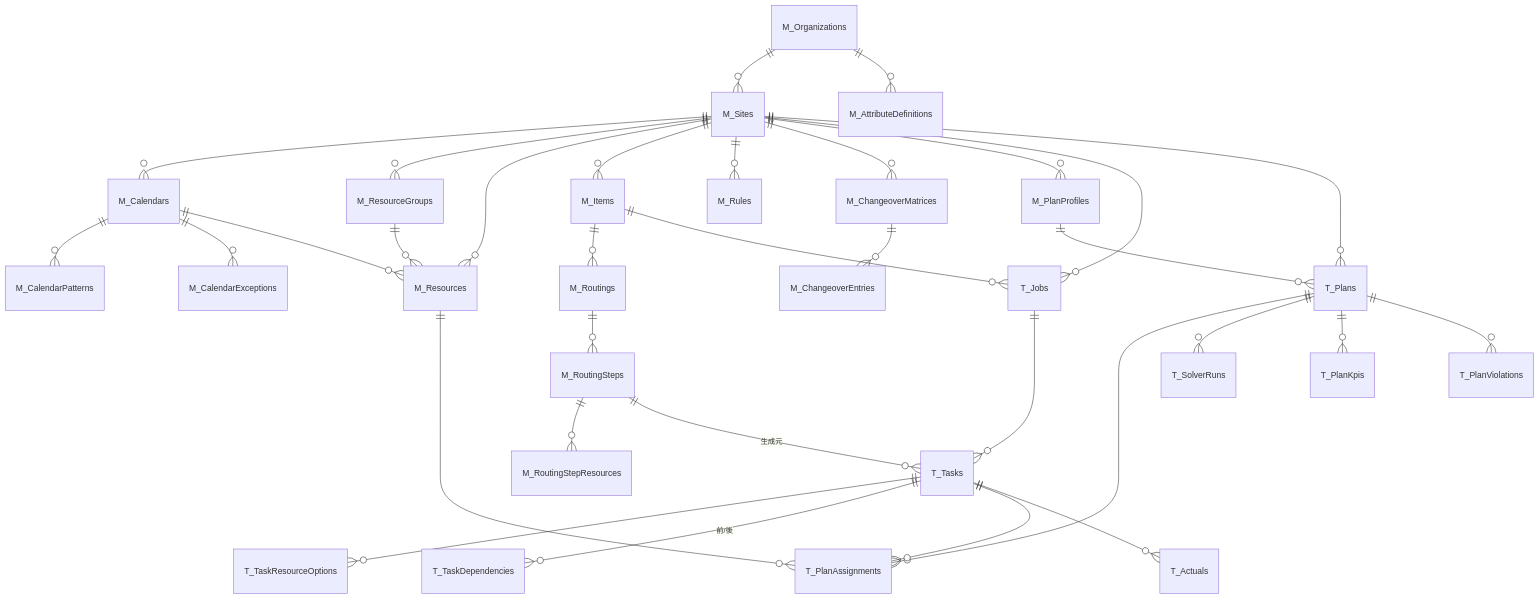
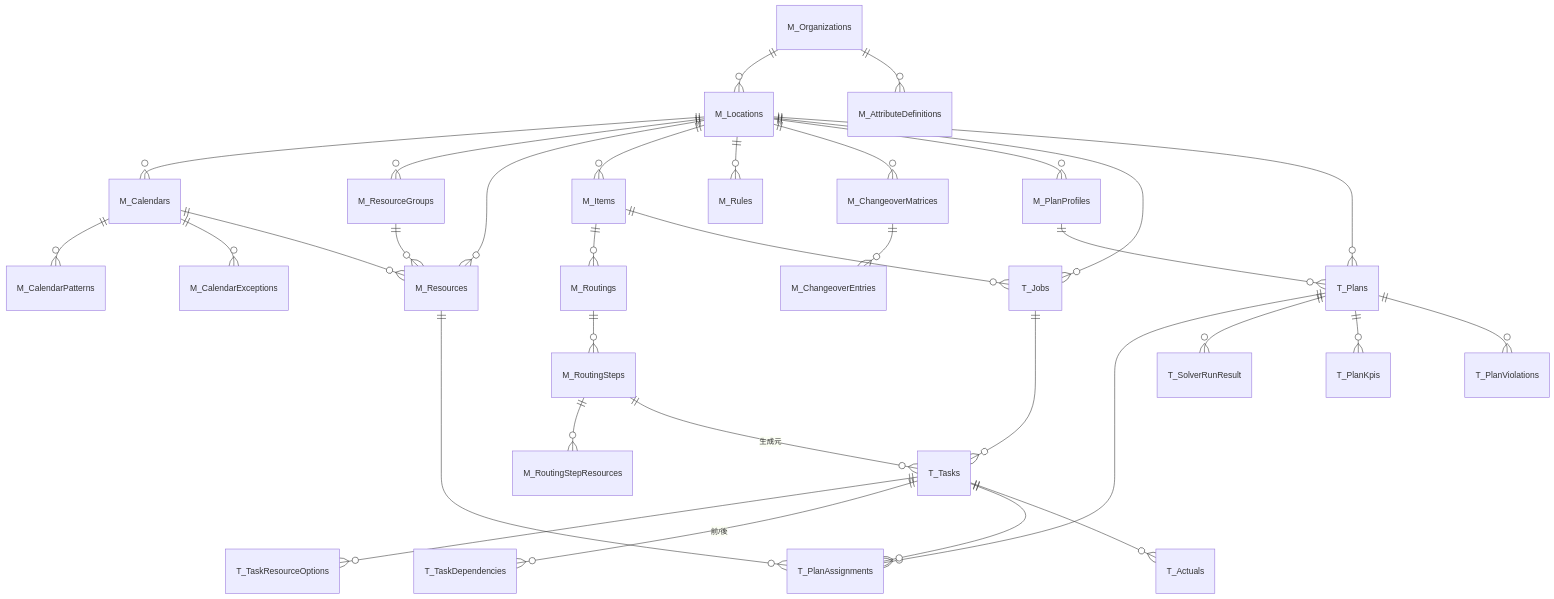
Before and after one commit to tds-dev/TONOPS-SCH-backend: the fourth of 4 diagrams in docs/SYSTEM_OVERVIEW.md, drawn with Mermaid. The commit also changed other lines of this file and 23 other files, not shown here.

Commit message:
（DB）「site」→「location」 / T_SolverRuns→T_SolverRunResult

````diff
--- a/docs/SYSTEM_OVERVIEW.md
+++ b/docs/SYSTEM_OVERVIEW.md
@@ -278,35 +278,35 @@
 ```mermaid
 erDiagram
-  M_Organizations ||--o{ M_Sites : ""
+  M_Organizations ||--o{ M_Locations : ""
   M_Organizations ||--o{ M_AttributeDefinitions : ""
-  M_Sites ||--o{ M_Calendars : ""
+  M_Locations ||--o{ M_Calendars : ""
   M_Calendars ||--o{ M_CalendarPatterns : ""
   M_Calendars ||--o{ M_CalendarExceptions : ""
-  M_Sites ||--o{ M_ResourceGroups : ""
-  M_Sites ||--o{ M_Resources : ""
+  M_Locations ||--o{ M_ResourceGroups : ""
+  M_Locations ||--o{ M_Resources : ""
   M_ResourceGroups ||--o{ M_Resources : ""
   M_Calendars ||--o{ M_Resources : ""
-  M_Sites ||--o{ M_Items : ""
+  M_Locations ||--o{ M_Items : ""
   M_Items ||--o{ M_Routings : ""
   M_Routings ||--o{ M_RoutingSteps : ""
   M_RoutingSteps ||--o{ M_RoutingStepResources : ""
-  M_Sites ||--o{ M_Rules : ""
-  M_Sites ||--o{ M_ChangeoverMatrices : ""
+  M_Locations ||--o{ M_Rules : ""
+  M_Locations ||--o{ M_ChangeoverMatrices : ""
   M_ChangeoverMatrices ||--o{ M_ChangeoverEntries : ""
-  M_Sites ||--o{ M_PlanProfiles : ""
-  M_Sites ||--o{ T_Jobs : ""
+  M_Locations ||--o{ M_PlanProfiles : ""
+  M_Locations ||--o{ T_Jobs : ""
   M_Items ||--o{ T_Jobs : ""
   T_Jobs ||--o{ T_Tasks : ""
   M_RoutingSteps ||--o{ T_Tasks : "生成元"
   T_Tasks ||--o{ T_TaskResourceOptions : ""
   T_Tasks ||--o{ T_TaskDependencies : "前/後"
-  M_Sites ||--o{ T_Plans : ""
+  M_Locations ||--o{ T_Plans : ""
   M_PlanProfiles ||--o{ T_Plans : ""
   T_Plans ||--o{ T_PlanAssignments : ""
   T_Tasks ||--o{ T_PlanAssignments : ""
   M_Resources ||--o{ T_PlanAssignments : ""
-  T_Plans ||--o{ T_SolverRuns : ""
+  T_Plans ||--o{ T_SolverRunResult : ""
   T_Plans ||--o{ T_PlanKpis : ""
   T_Plans ||--o{ T_PlanViolations : ""
   T_Tasks ||--o{ T_Actuals : ""
 ```
````
